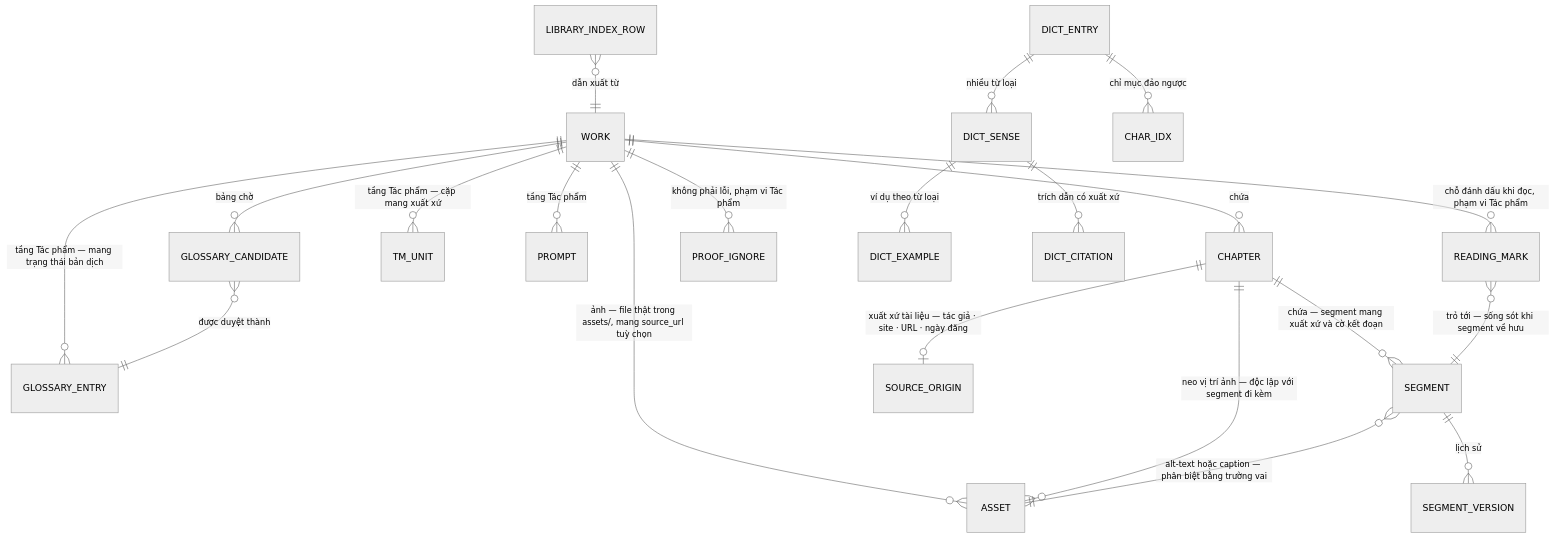
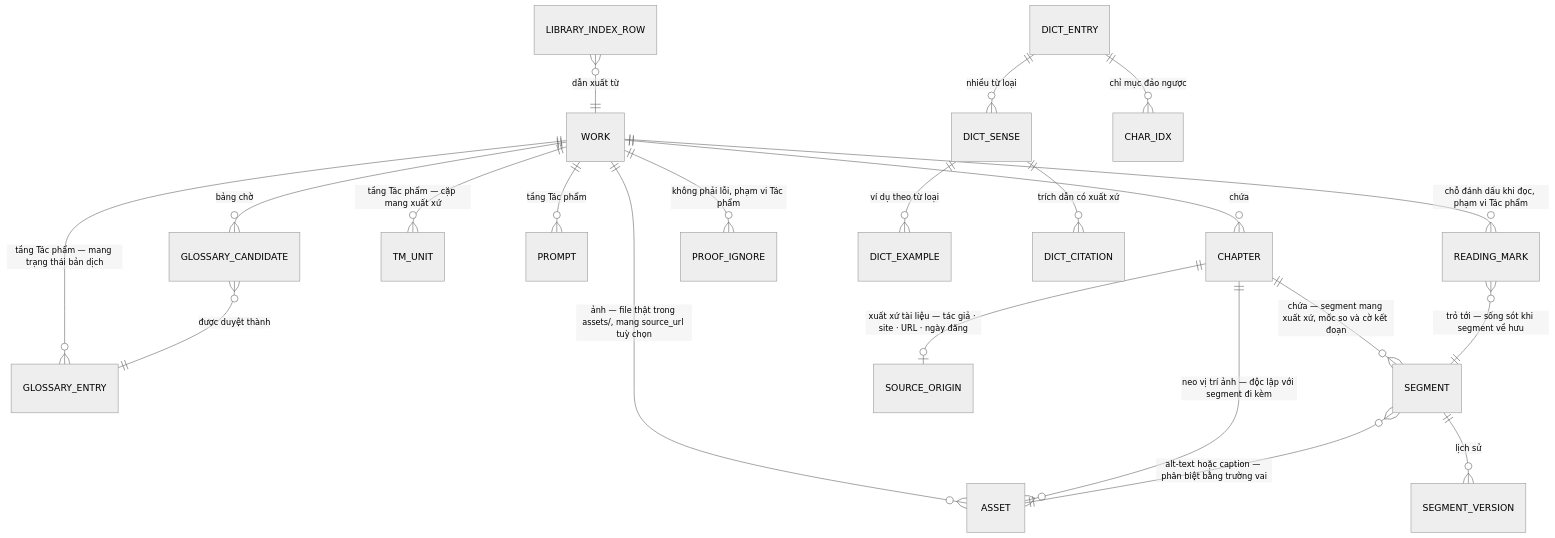
One commit to vannamhh/AuraTranslate changed the fourth of 4 diagrams in _bmad-output/planning-artifacts/architecture/architecture-AuraTranslate-2026-08-02/ARCHITECTURE-SPINE.md. Above: the diagram before and after it, drawn with Mermaid (neutral theme). The commit also changed other lines of this file and 5 other files, not shown here.

````diff
--- a/_bmad-output/planning-artifacts/architecture/architecture-AuraTranslate-2026-08-02/ARCHITECTURE-SPINE.md
+++ b/_bmad-output/planning-artifacts/architecture/architecture-AuraTranslate-2026-08-02/ARCHITECTURE-SPINE.md
@@ -1018,23 +1045,23 @@
 ```mermaid
 erDiagram
   WORK ||--o{ CHAPTER : "chứa"
   WORK ||--o{ GLOSSARY_ENTRY : "tầng Tác phẩm — mang trạng thái bản dịch"
   WORK ||--o{ GLOSSARY_CANDIDATE : "bảng chờ"
   WORK ||--o{ TM_UNIT : "tầng Tác phẩm — cặp mang xuất xứ"
   WORK ||--o{ PROMPT : "tầng Tác phẩm"
   WORK ||--o{ ASSET : "ảnh — file thật trong assets/, mang source_url tuỳ chọn"
   CHAPTER ||--o{ ASSET : "neo vị trí ảnh — độc lập với segment đi kèm"
-  CHAPTER ||--o{ SEGMENT : "chứa — segment mang xuất xứ và cờ kết đoạn"
+  CHAPTER ||--o{ SEGMENT : "chứa — segment mang xuất xứ, mốc so và cờ kết đoạn"
   CHAPTER ||--o| SOURCE_ORIGIN : "xuất xứ tài liệu — tác giả · site · URL · ngày đăng"
   WORK ||--o{ READING_MARK : "chỗ đánh dấu khi đọc, phạm vi Tác phẩm"
   READING_MARK }o--|| SEGMENT : "trỏ tới — sống sót khi segment về hưu"
   SEGMENT ||--o{ SEGMENT_VERSION : "lịch sử"
   WORK ||--o{ PROOF_IGNORE : "không phải lỗi, phạm vi Tác phẩm"
   SEGMENT }o--|| ASSET : "alt-text hoặc caption — phân biệt bằng trường vai"
   GLOSSARY_CANDIDATE }o--|| GLOSSARY_ENTRY : "được duyệt thành"
   DICT_ENTRY ||--o{ DICT_SENSE : "nhiều từ loại"
   DICT_SENSE ||--o{ DICT_EXAMPLE : "ví dụ theo từ loại"
   DICT_SENSE ||--o{ DICT_CITATION : "trích dẫn có xuất xứ"
   DICT_ENTRY ||--o{ CHAR_IDX : "chỉ mục đảo ngược"
   LIBRARY_INDEX_ROW }o--|| WORK : "dẫn xuất từ"
 ```
````
